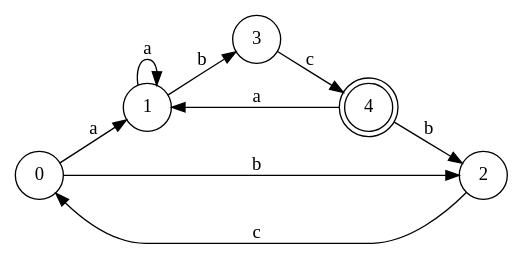
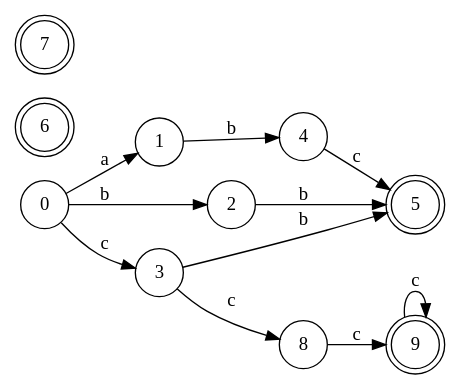
One commit to x6x4/LAB2_URGENCY changed the diagram in dfa_output.dot. Above: the diagram before and after it, drawn with Graphviz. The commit also changed 10 other files, not shown here.

```diff
--- a/dfa_output.dot
+++ b/dfa_output.dot
@@ -1,13 +1,18 @@
 digraph DFA {
 rankdir="LR"
 node [shape=circle];
 0 -> 1 [label="a"];
 0 -> 2 [label="b"];
-1 -> 1 [label="a"];
-1 -> 3 [label="b"];
-2 -> 0 [label="c"];
-3 -> 4 [label="c"];
-4 -> 1 [label="a"];
-4 -> 2 [label="b"];
-4[label="4"shape=doublecircle];
+0 -> 3 [label="c"];
+1 -> 4 [label="b"];
+2 -> 5 [label="b"];
+3 -> 5 [label="b"];
+3 -> 8 [label="c"];
+4 -> 5 [label="c"];
+8 -> 9 [label="c"];
+9 -> 9 [label="c"];
+5[label="5"shape=doublecircle];
+6[label="6"shape=doublecircle];
+7[label="7"shape=doublecircle];
+9[label="9"shape=doublecircle];
 }
```
